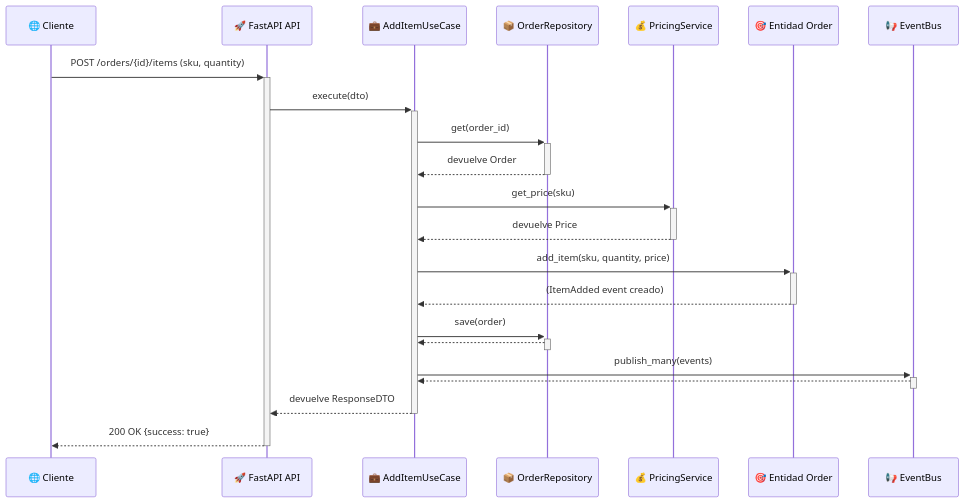
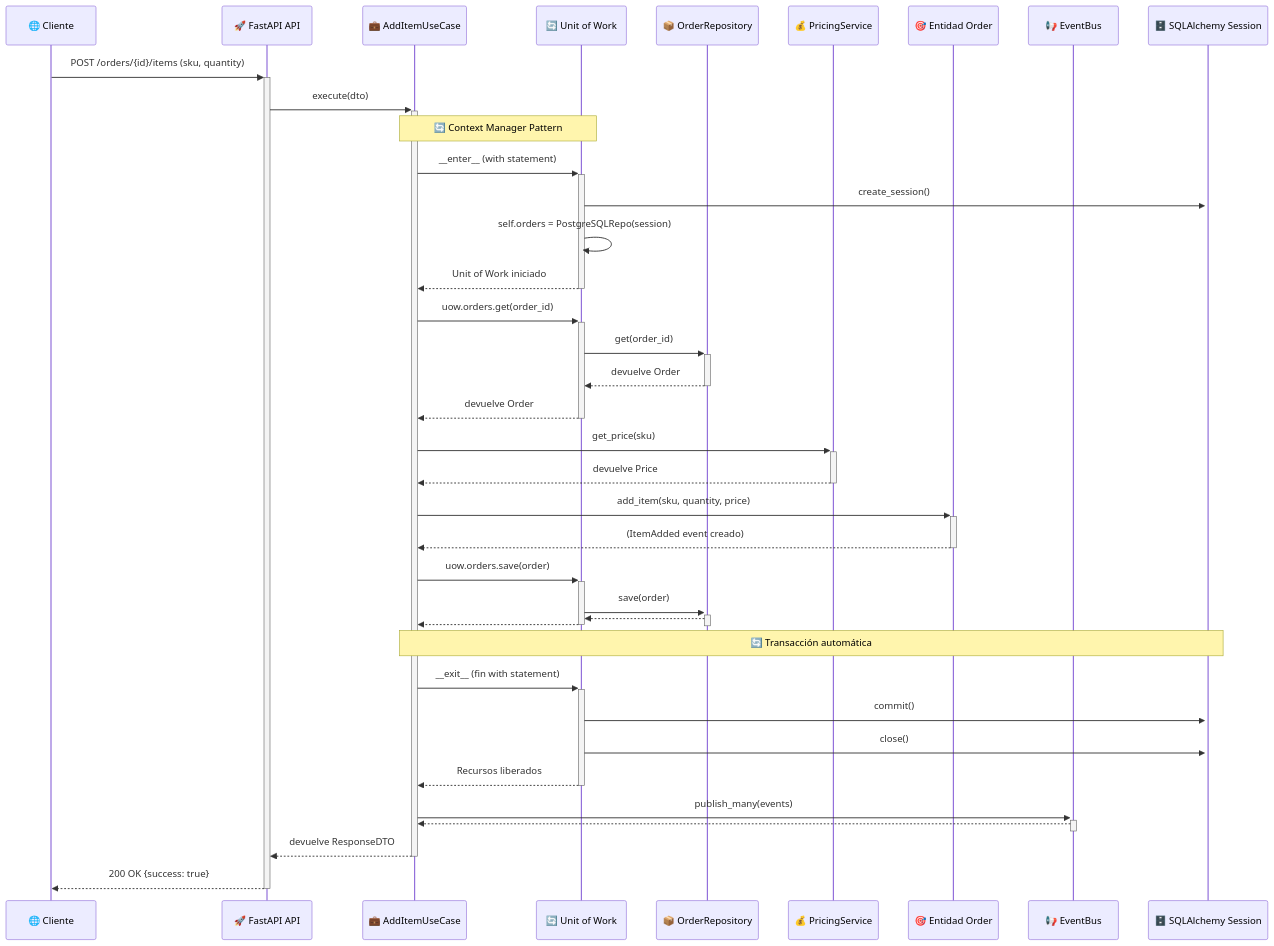
The second of 3 diagrams in README.md (agustinEDev/clean_architecture), drawn with Mermaid before and after one commit. The commit also changed other lines of this file and 13 other files, not shown here.

Commit message:
UnitOfWork implementation

````diff
--- a/README.md
+++ b/README.md
@@ -161,25 +174,44 @@
 ```mermaid
 sequenceDiagram
     participant Client as 🌐 Cliente
     participant API as 🚀 FastAPI API
     participant UseCase as 💼 AddItemUseCase
+    participant UoW as 🔄 Unit of Work
     participant OrderRepo as 📦 OrderRepository
     participant Pricing as 💰 PricingService
     participant Order as 🎯 Entidad Order
     participant EventBus as 📢 EventBus
+    participant DB as 🗄️ SQLAlchemy Session
 
     Client->>+API: POST /orders/{id}/items (sku, quantity)
     API->>+UseCase: execute(dto)
-    UseCase->>+OrderRepo: get(order_id)
-    OrderRepo-->>-UseCase: devuelve Order
+    Note over UseCase,UoW: 🔄 Context Manager Pattern
+    UseCase->>+UoW: __enter__ (with statement)
+    UoW->>+DB: create_session()
+    UoW->>UoW: self.orders = PostgreSQLRepo(session)
+    UoW-->>-UseCase: Unit of Work iniciado
+    
+    UseCase->>+UoW: uow.orders.get(order_id)
+    UoW->>+OrderRepo: get(order_id)
+    OrderRepo-->>-UoW: devuelve Order
+    UoW-->>-UseCase: devuelve Order
     UseCase->>+Pricing: get_price(sku)
     Pricing-->>-UseCase: devuelve Price
     UseCase->>+Order: add_item(sku, quantity, price)
     Order-->>-UseCase: (ItemAdded event creado)
-    UseCase->>+OrderRepo: save(order)
-    OrderRepo-->>-UseCase: 
+    UseCase->>+UoW: uow.orders.save(order)
+    UoW->>+OrderRepo: save(order)
+    OrderRepo-->>-UoW: 
+    UoW-->>-UseCase: 
+    
+    Note over UseCase,DB: 🔄 Transacción automática
+    UseCase->>+UoW: __exit__ (fin with statement)
+    UoW->>+DB: commit()
+    UoW->>+DB: close()
+    UoW-->>-UseCase: Recursos liberados
+    
     UseCase->>+EventBus: publish_many(events)
     EventBus-->>-UseCase: 
     UseCase-->>-API: devuelve ResponseDTO
     API-->>-Client: 200 OK {success: true}
 ```
````
